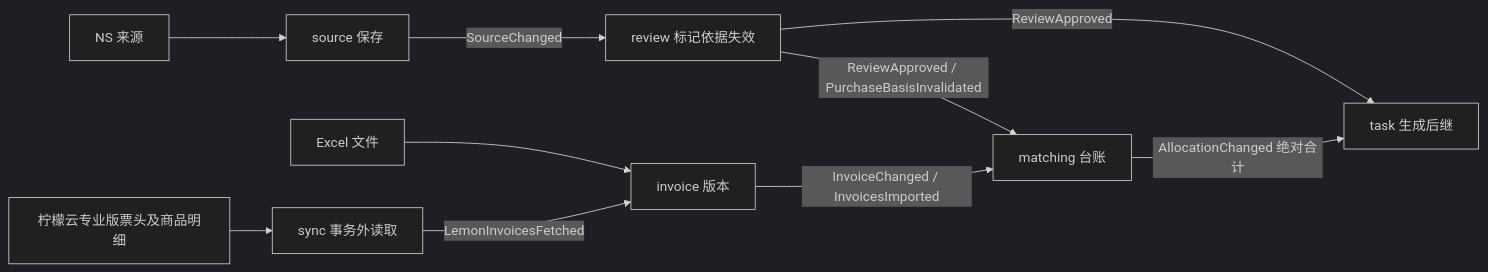
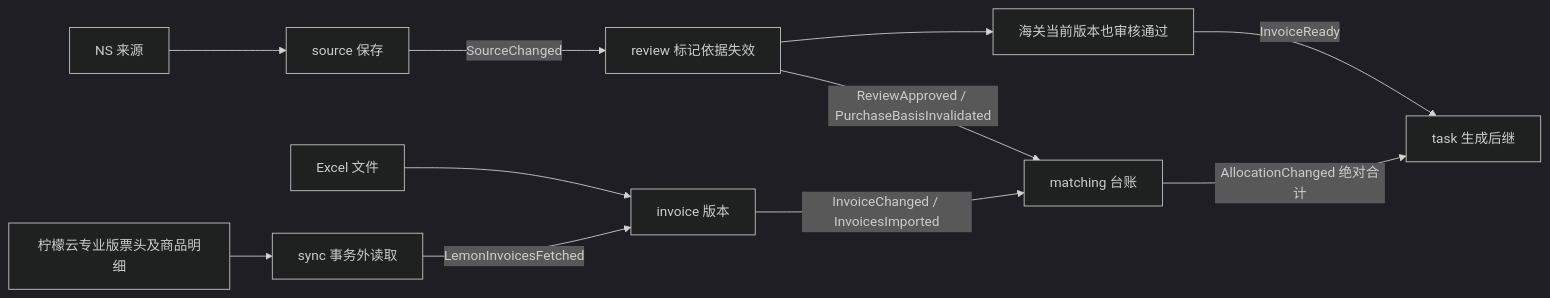
One commit to chen151393-pixel/financial-Invoice-system changed the diagram in docs/system-chain.md. Above: the diagram before and after it, drawn with Mermaid (dark theme). The commit also changed other lines of this file and 55 other files, not shown here.

````diff
--- a/docs/system-chain.md
+++ b/docs/system-chain.md
@@ -16,12 +16,13 @@
 ```mermaid
 flowchart LR
   NS[NS 来源] --> S[source 保存]
   S -->|SourceChanged| R[review 标记依据失效]
-  R -->|ReviewApproved| T[task 生成后继]
+  R --> C[海关当前版本也审核通过]
+  C -->|InvoiceReady| T[task 生成后继]
   R -->|ReviewApproved / PurchaseBasisInvalidated| M[matching 台账]
   E[Excel 文件] --> I[invoice 版本]
   L[柠檬云专业版票头及商品明细] --> SY[sync 事务外读取]
   SY -->|LemonInvoicesFetched| I
   I -->|InvoiceChanged / InvoicesImported| M
   M -->|AllocationChanged 绝对合计| T
 ```
````
